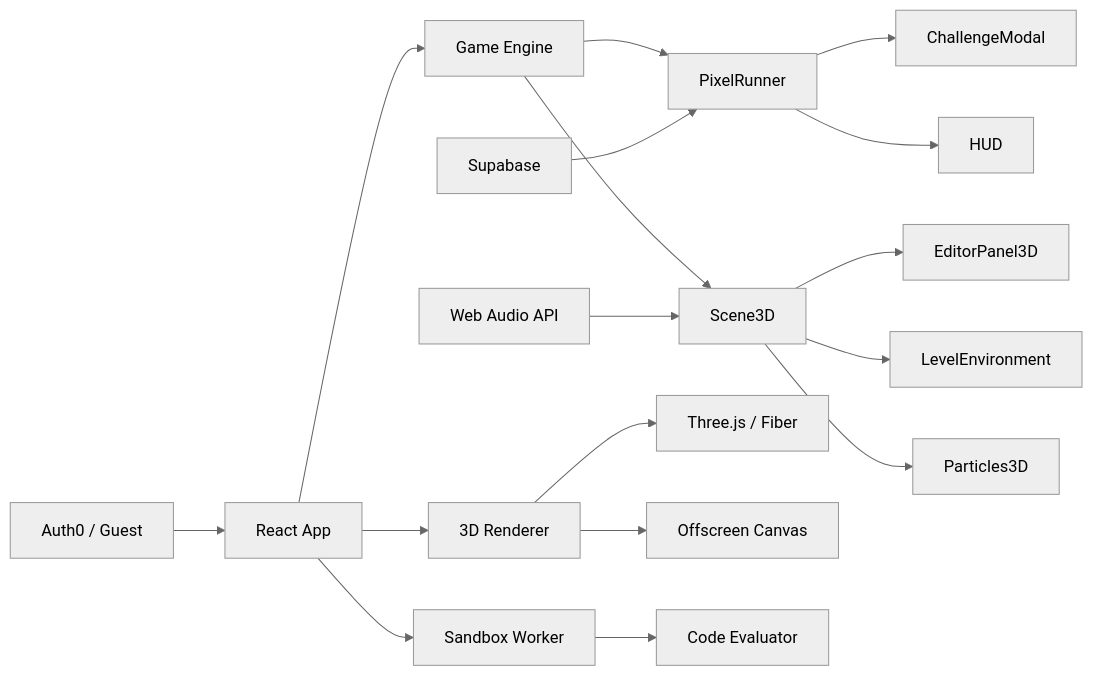
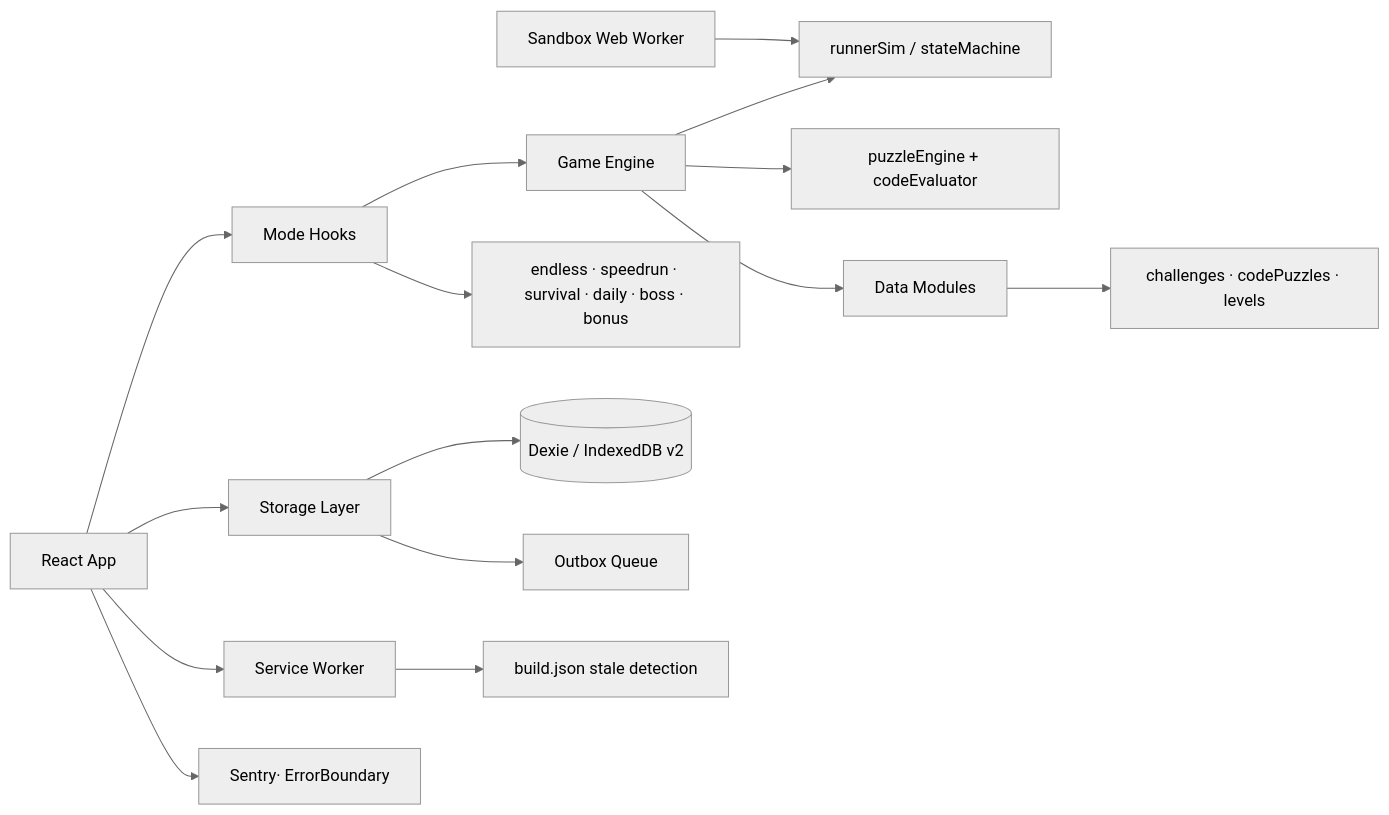
The diagram in README.md (alimaandev/corun), drawn with Mermaid (neutral theme) before and after one commit. The commit also changed other lines of this file, not shown here.

Commit message:
docs: refresh README (2D story, offline storage, releases & tags)

````diff
--- a/README.md
+++ b/README.md
@@ -133,19 +145,17 @@
 ```mermaid
 flowchart LR
-  A[React App] --> B[Game Engine]
-  A --> C[3D Renderer]
-  A --> D[Sandbox Worker]
-  B --> E[PixelRunner]
-  B --> F[Scene3D]
-  C --> G[Three.js / Fiber]
-  C --> H[Offscreen Canvas]
-  D --> I[Code Evaluator]
-  E --> J[ChallengeModal]
-  E --> K[HUD]
-  F --> L[EditorPanel3D]
-  F --> M[LevelEnvironment]
-  F --> N[Particles3D]
-  O[Auth0 / Guest] --> A
-  P[Supabase] --> E
-  Q[Web Audio API] --> F
+  UI[React App] --> Hooks[Mode Hooks]
+  Hooks --> Engine[Game Engine]
+  UI --> Storage[Storage Layer]
+  Engine --> Sim[runnerSim / stateMachine]
+  Engine --> Solve[puzzleEngine + codeEvaluator]
+  Engine --> Data[Data Modules]
+  Data --> Challenges[challenges · codePuzzles · levels]
+  Sandbox[Sandbox Web Worker] --> Sim
+  Hooks --> Modes["endless · speedrun · survival · daily · boss · bonus"]
+  Storage --> Db[(Dexie / IndexedDB v2)]
+  Storage --> Outbox[Outbox Queue]
+  UI --> SW[Service Worker]
+  SW --> BuildCheck[build.json stale detection]
+  UI --> Sentry[Sentry· ErrorBoundary]
 ```
````
